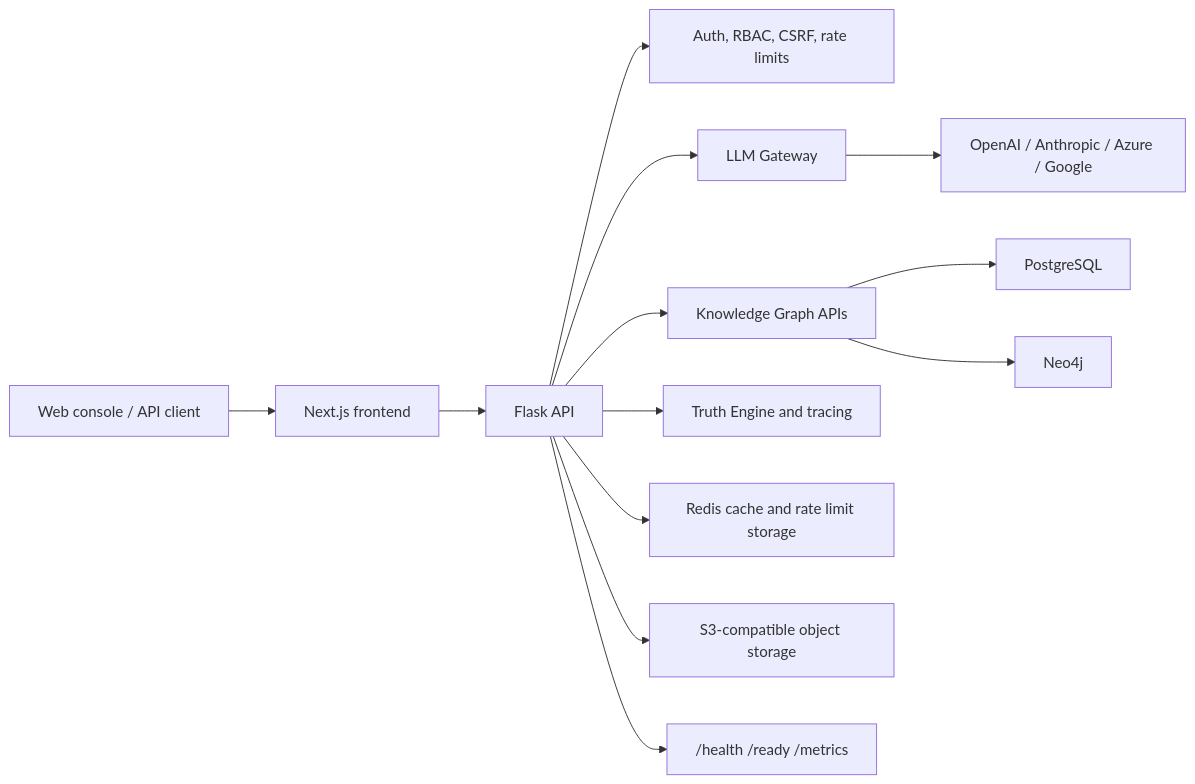
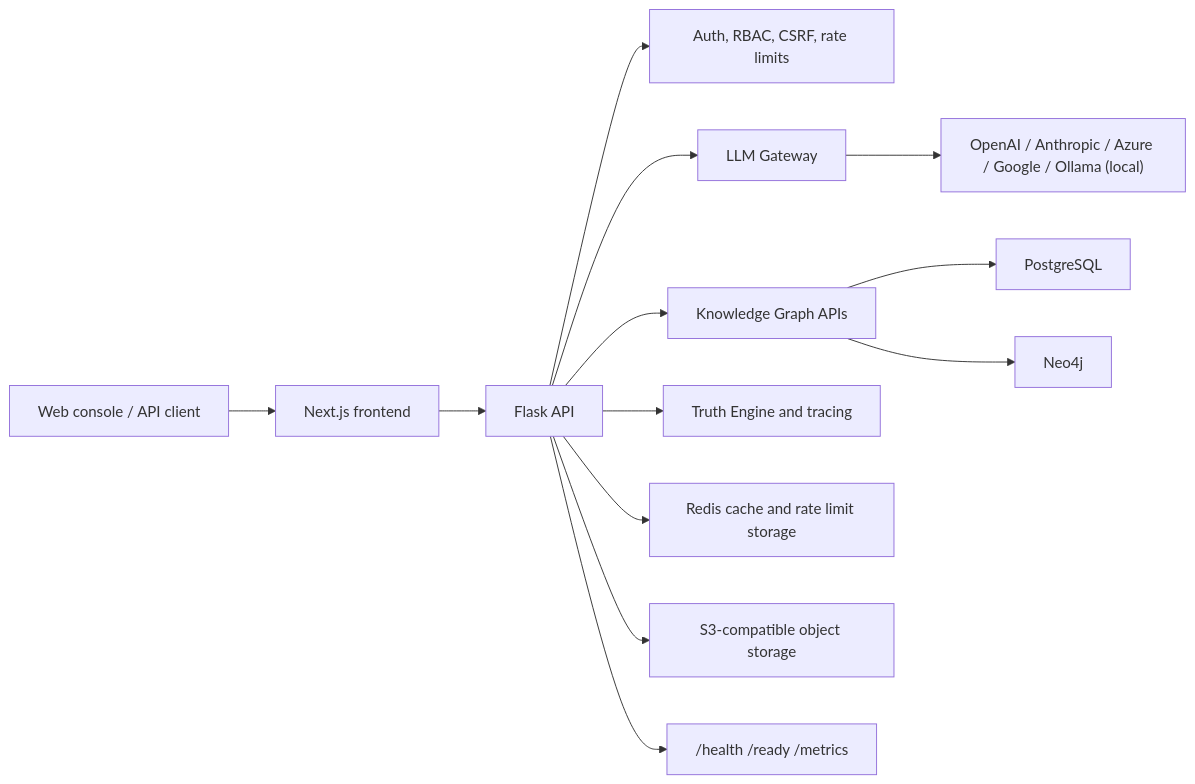
One commit to kherrera6219/DataLogicEngine changed the diagram in .github/README.md. Above: the diagram before and after it, drawn with Mermaid. The commit also changed other lines of this file and 9 other files, not shown here.

````diff
--- a/.github/README.md
+++ b/.github/README.md
@@ -206,15 +209,15 @@
 ```mermaid
 flowchart LR
   Client["Web console / API client"] --> Frontend["Next.js frontend"]
   Frontend --> API["Flask API"]
   API --> Auth["Auth, RBAC, CSRF, rate limits"]
   API --> Gateway["LLM Gateway"]
   API --> Graph["Knowledge Graph APIs"]
   API --> Truth["Truth Engine and tracing"]
-  Gateway --> Providers["OpenAI / Anthropic / Azure / Google"]
+  Gateway --> Providers["OpenAI / Anthropic / Azure / Google / Ollama (local)"]
   Graph --> Postgres["PostgreSQL"]
   Graph --> Neo4j["Neo4j"]
   API --> Redis["Redis cache and rate limit storage"]
   API --> ObjectStore["S3-compatible object storage"]
   API --> Metrics["/health /ready /metrics"]
 ```
````
